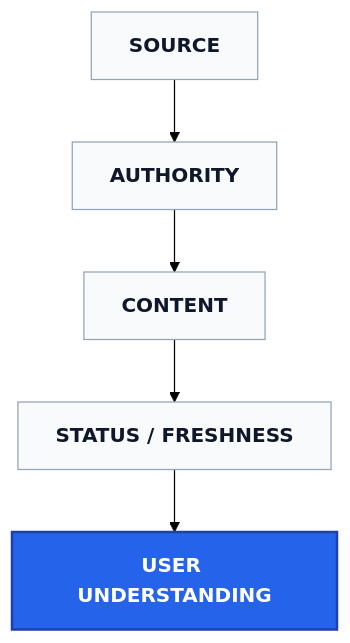
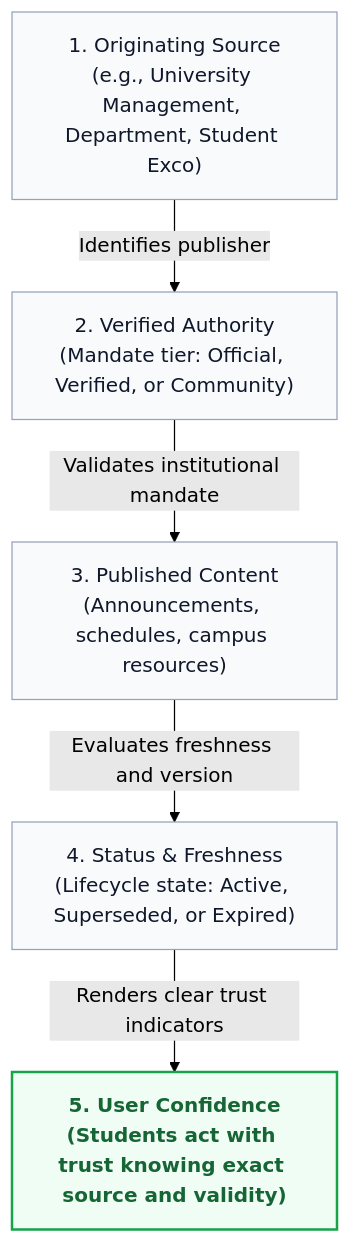
Before and after one commit to davidalbertstark-lab/Lenar: the third of 3 diagrams in docs/product/01-Lenar-Foundation.md, drawn with Mermaid (forest theme). The commit also changed other lines of this file and 28 other files, not shown here.

Commit message:
docs: system-wide diagram redesign for first-instance comprehension

````diff
--- a/docs/product/01-Lenar-Foundation.md
+++ b/docs/product/01-Lenar-Foundation.md
@@ -117,13 +127,16 @@
 ```mermaid
 flowchart TD
-    classDef step fill:#f8fafc,stroke:#94a3b8,stroke-width:1px,color:#0f172a,font-weight:bold
-    classDef final fill:#2563eb,color:#fff,stroke:#1e40af,stroke-width:2px,font-weight:bold
+    classDef step fill:#f8fafc,stroke:#94a3b8,stroke-width:1px,color:#0f172a
+    classDef outcome fill:#f0fdf4,stroke:#16a34a,stroke-width:2px,color:#166534,font-weight:bold
 
-    A[SOURCE] --> B[AUTHORITY]
-    B --> C[CONTENT]
-    C --> D[STATUS / FRESHNESS]
-    D --> E[USER UNDERSTANDING]
-    
-    class A,B,C,D step;
-    class E final;
+    A["1. Originating Source<br/>(e.g., University Management, Department, Student Exco)"]:::step
+    B["2. Verified Authority<br/>(Mandate tier: Official, Verified, or Community)"]:::step
+    C["3. Published Content<br/>(Announcements, schedules, campus resources)"]:::step
+    D["4. Status & Freshness<br/>(Lifecycle state: Active, Superseded, or Expired)"]:::step
+    E["5. User Confidence<br/>(Students act with trust knowing exact source and validity)"]:::outcome
+
+    A -->|Identifies publisher| B
+    B -->|Validates institutional mandate| C
+    C -->|Evaluates freshness and version| D
+    D -->|Renders clear trust indicators| E
 ```
````
